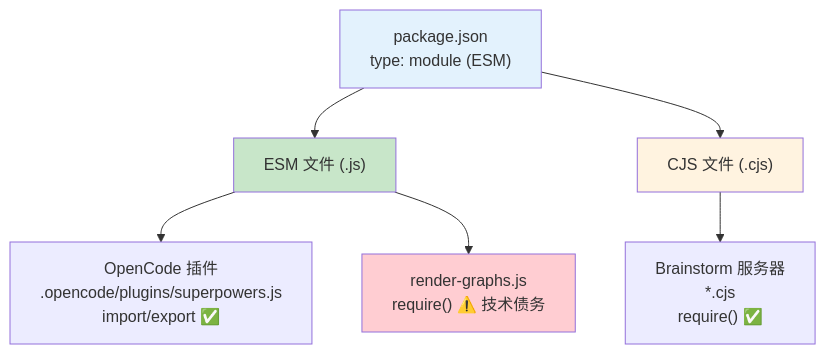
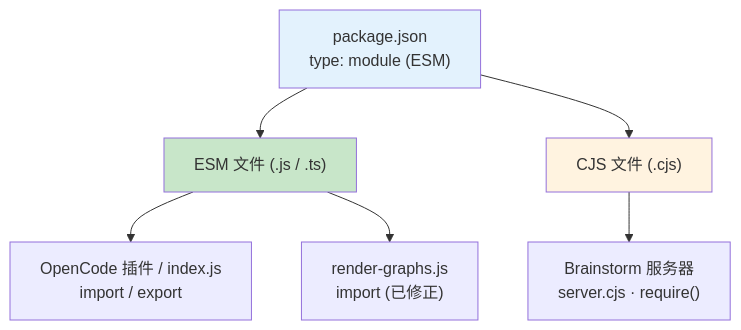
One commit to yongnianliu/superpowers changed the second of 2 diagrams in docs/zh/07-platform-adapters.md. Above: the diagram before and after it, drawn with Mermaid. The commit also changed other lines of this file and 12 other files, not shown here.

````diff
--- a/docs/zh/07-platform-adapters.md
+++ b/docs/zh/07-platform-adapters.md
@@ -162,17 +165,16 @@
 ```mermaid
 graph TB
     PKG["package.json<br/>type: module (ESM)"]
 
-    PKG --> ESM_FILES["ESM 文件 (.js)"]
+    PKG --> ESM_FILES["ESM 文件 (.js / .ts)"]
     PKG --> CJS_FILES["CJS 文件 (.cjs)"]
 
-    ESM_FILES --> OC["OpenCode 插件<br/>.opencode/plugins/superpowers.js<br/>import/export ✅"]
-    ESM_FILES --> RG["render-graphs.js<br/>require() ⚠️ 技术债务"]
+    ESM_FILES --> OC["OpenCode 插件 / index.js<br/>import / export"]
+    ESM_FILES --> RG["render-graphs.js<br/>import (已修正)"]
 
-    CJS_FILES --> BS["Brainstorm 服务器<br/>*.cjs<br/>require() ✅"]
+    CJS_FILES --> BS["Brainstorm 服务器<br/>server.cjs · require()"]
 
     style PKG fill:#E3F2FD
     style ESM_FILES fill:#C8E6C9
     style CJS_FILES fill:#FFF3E0
-    style RG fill:#FFCDD2
 ```
````
